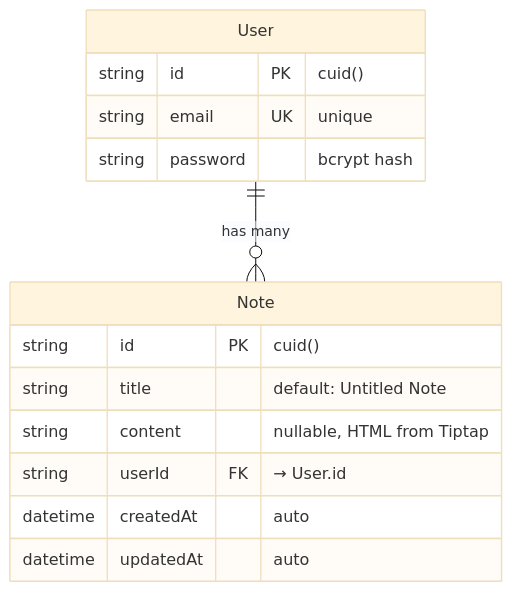
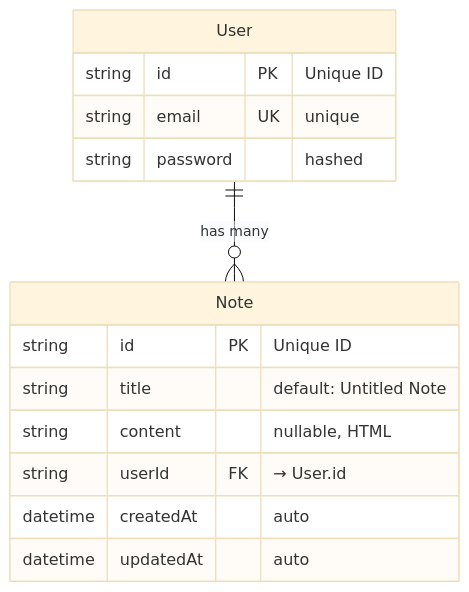
Before and after one commit to aloshy0/S4: the sixth of 6 diagrams in README (1).md, drawn with Mermaid (base theme). The commit also changed other lines of this file, not shown here.

````diff
--- a/README (1).md
+++ b/README (1).md
@@ -373,19 +373,19 @@
 ```mermaid
 erDiagram
     User ||--o{ Note : "has many"
 
     User {
-        string id PK "cuid()"
+        string id PK "Unique ID"
         string email UK "unique"
-        string password "bcrypt hash"
+        string password "hashed"
     }
 
     Note {
-        string id PK "cuid()"
+        string id PK "Unique ID"
         string title "default: Untitled Note"
-        string content "nullable, HTML from Tiptap"
+        string content "nullable, HTML"
         string userId FK "→ User.id"
         datetime createdAt "auto"
         datetime updatedAt "auto"
     }
 ```
````
